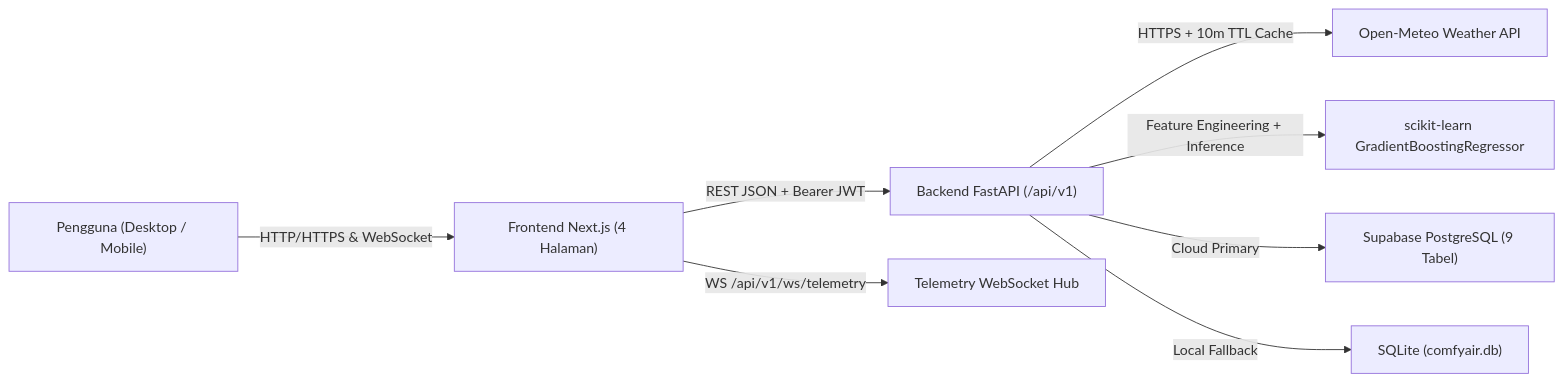
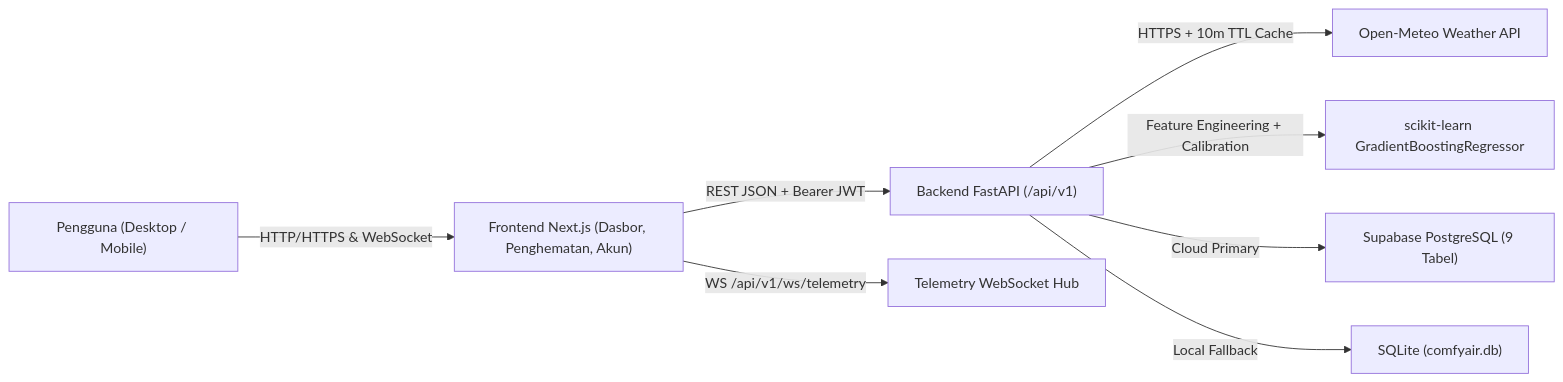
The diagram in docs/ARCHITECTURE.md (beambomb/ComfyAir), drawn with Mermaid before and after one commit. The commit also changed other lines of this file and 36 other files, not shown here.

Commit message:
feat(app): remove sleep graph in favor of 3-page layout with adaptive ML comfort feedback

````diff
--- a/docs/ARCHITECTURE.md
+++ b/docs/ARCHITECTURE.md
@@ -7,10 +7,10 @@
 ```mermaid
 flowchart LR
-    User["Pengguna (Desktop / Mobile)"] -->|HTTP/HTTPS & WebSocket| FE["Frontend Next.js (4 Halaman)"]
+    User["Pengguna (Desktop / Mobile)"] -->|HTTP/HTTPS & WebSocket| FE["Frontend Next.js (Dasbor, Penghematan, Akun)"]
     FE -->|REST JSON + Bearer JWT| API["Backend FastAPI (/api/v1)"]
     FE -->|WS /api/v1/ws/telemetry| WS["Telemetry WebSocket Hub"]
     API -->|HTTPS + 10m TTL Cache| Meteo["Open-Meteo Weather API"]
-    API -->|Feature Engineering + Inference| ML["scikit-learn GradientBoostingRegressor"]
+    API -->|Feature Engineering + Calibration| ML["scikit-learn GradientBoostingRegressor"]
     API -->|Cloud Primary| Supa["Supabase PostgreSQL (9 Tabel)"]
     API -->|Local Fallback| SQLite["SQLite (comfyair.db)"]
 ```
````
